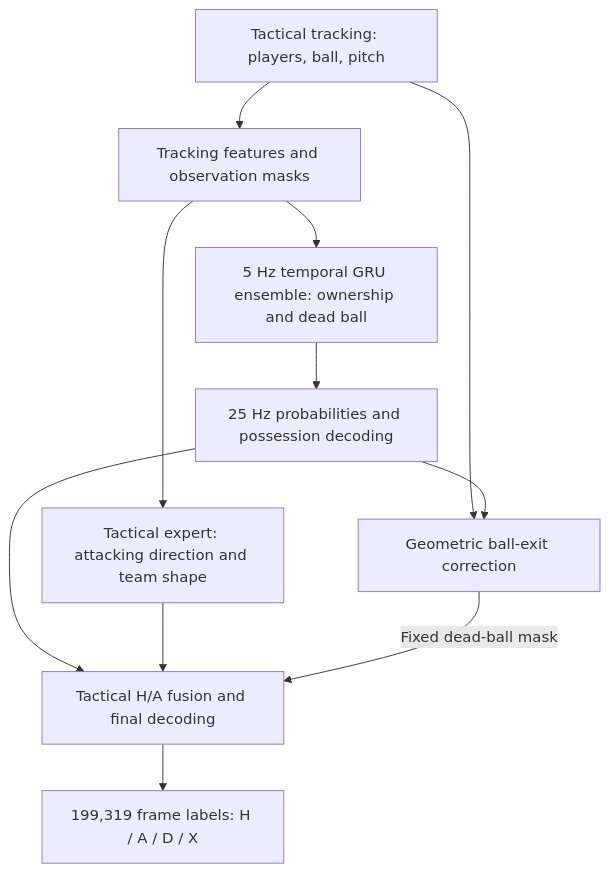
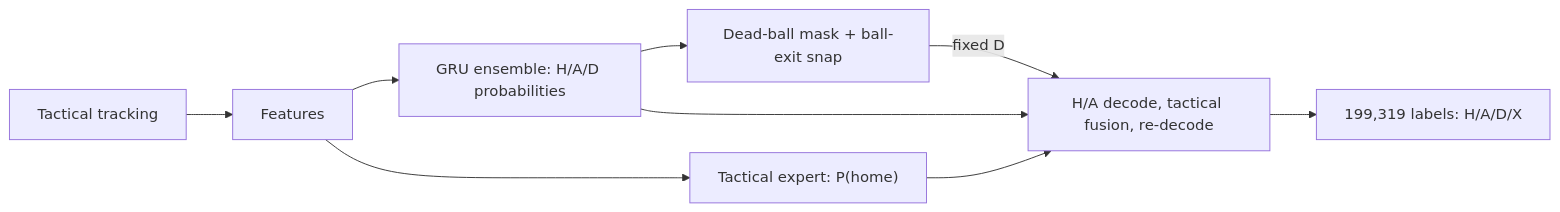
Before and after one commit to jekkiechan/more-than-a-hack-2027: the diagram in submission/TECHNICAL_DOCUMENT.md, drawn with Mermaid. The commit also changed other lines of this file and 2 other files, not shown here.

````diff
--- a/submission/TECHNICAL_DOCUMENT.md
+++ b/submission/TECHNICAL_DOCUMENT.md
@@ -31,13 +33,11 @@
 ```mermaid
-flowchart TD
-    A["Tactical tracking: players, ball, pitch"] --> B["Tracking features and observation masks"]
-    B --> C["5 Hz temporal GRU ensemble: ownership and dead ball"]
-    B --> D["Tactical expert: attacking direction and team shape"]
-    C --> E["25 Hz probabilities and possession decoding"]
-    A --> F["Geometric ball-exit correction"]
-    E --> F
-    E --> G["Tactical H/A fusion and final decoding"]
+flowchart LR
+    A["Tactical tracking"] --> B["Features"]
+    B --> C["GRU ensemble: H/A/D probabilities"]
+    B --> D["Tactical expert: P(home)"]
+    C --> E["Dead-ball mask + ball-exit snap"]
+    C --> G["H/A decode, tactical fusion, re-decode"]
     D --> G
-    F -->|Fixed dead-ball mask| G
-    G --> H["199,319 frame labels: H / A / D / X"]
+    E -->|fixed D| G
+    G --> H["199,319 labels: H/A/D/X"]
 ```
````
